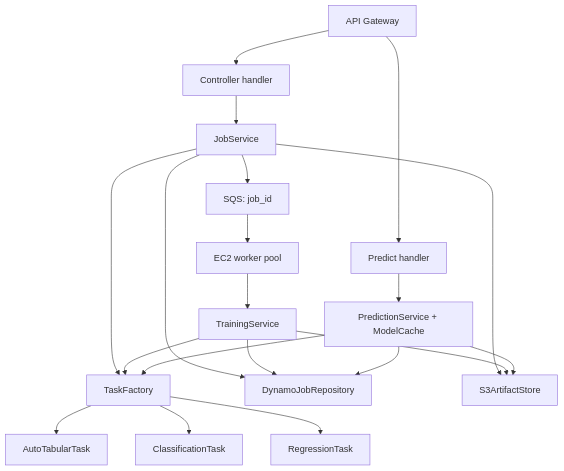
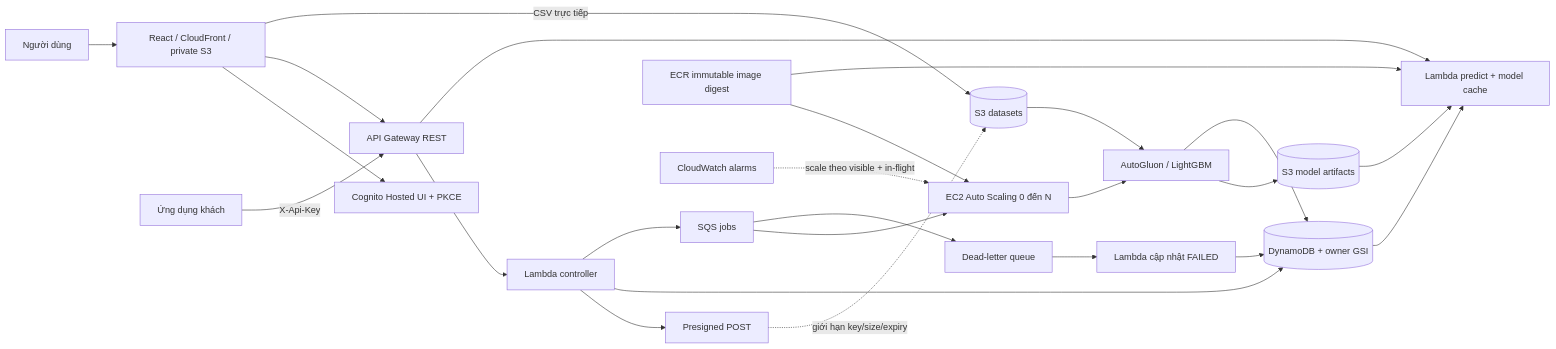
Before and after one commit to Coffee4626/INT3319E_Cloud_Final: the diagram in docs/architecture.md, drawn with Mermaid. The commit also changed other lines of this file and 47 other files, not shown here.

````diff
--- a/docs/architecture.md
+++ b/docs/architecture.md
@@ -6,16 +3,27 @@
 ```mermaid
-flowchart TD
-    API[API Gateway] --> Controller[Controller handler]
-    Controller --> Jobs[JobService]
-    Jobs --> Queue[SQS: job_id]
-    Queue --> Worker[EC2 worker pool]
-    Worker --> Train[TrainingService]
-    API --> Handler[Predict handler]
-    Handler --> Predict[PredictionService + ModelCache]
-    Jobs & Train & Predict --> Factory[TaskFactory]
-    Factory --> Auto[AutoTabularTask]
-    Factory --> Classify[ClassificationTask]
-    Factory --> Regress[RegressionTask]
-    Jobs & Train & Predict --> Repo[DynamoJobRepository]
-    Jobs & Train & Predict --> Artifacts[S3ArtifactStore]
+flowchart LR
+  User[Người dùng] --> Web[React / CloudFront / private S3]
+  Web --> Auth[Cognito Hosted UI + PKCE]
+  Web --> API[API Gateway REST]
+  API --> Controller[Lambda controller]
+  Controller --> Upload[Presigned POST]
+  Web -->|CSV trực tiếp| Data[(S3 datasets)]
+  Upload -. giới hạn key/size/expiry .-> Data
+  Controller --> DB[(DynamoDB + owner GSI)]
+  Controller --> Queue[SQS jobs]
+  Queue --> ASG[EC2 Auto Scaling 0 đến N]
+  ASG --> Train[AutoGluon / LightGBM]
+  Data --> Train
+  Train --> Models[(S3 model artifacts)]
+  Train --> DB
+  Client[Ứng dụng khách] -->|X-Api-Key| API
+  API --> Predict[Lambda predict + model cache]
+  Models --> Predict
+  DB --> Predict
+  ECR[ECR immutable image digest] --> ASG
+  ECR --> Predict
+  Queue --> DLQ[Dead-letter queue]
+  DLQ --> Reconcile[Lambda cập nhật FAILED]
+  Reconcile --> DB
+  CW[CloudWatch alarms] -. scale theo visible + in-flight .-> ASG
 ```
````
